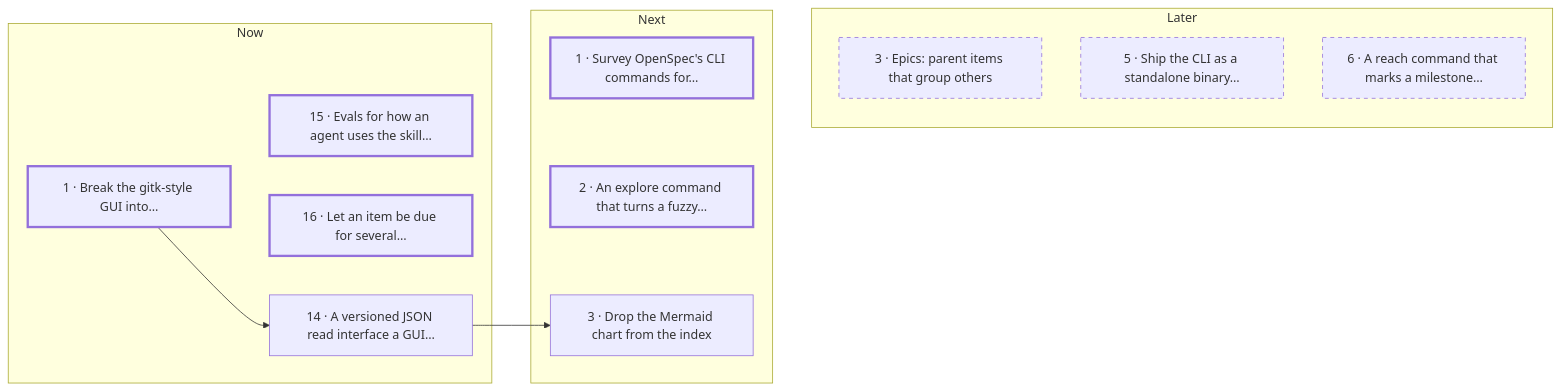
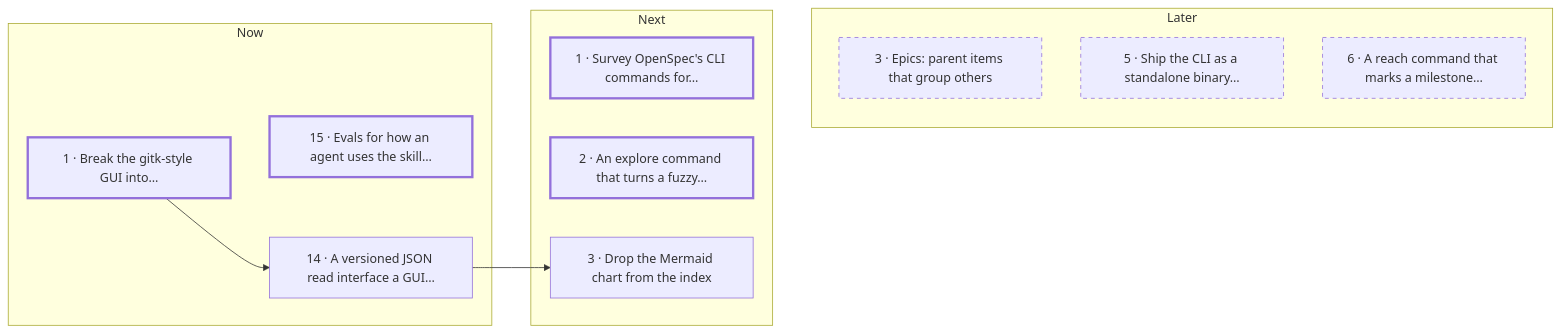
The diagram in roadmap/README.md (carby/simple-agentic-roadmap-skill), drawn with Mermaid before and after one commit. The commit also changed other lines of this file and 3 other files, not shown here.

First line of the commit message:
docs(roadmap): close multi-milestone as #40

````diff
--- a/roadmap/README.md
+++ b/roadmap/README.md
@@ -42,26 +42,25 @@
 ```mermaid
 flowchart LR
   subgraph b_now ["Now"]
     i_gui_breakdown["1 · Break the gitk-style GUI into…"]
     i_gui_read_interface["14 · A versioned JSON read interface a GUI…"]
     i_agent_behaviour_evals["15 · Evals for how an agent uses the skill…"]
-    i_multi_milestone["16 · Let an item be due for several…"]
   end
   subgraph b_next ["Next"]
     i_openspec_command_parity["1 · Survey OpenSpec's CLI commands for…"]
     i_explore_command["2 · An explore command that turns a fuzzy…"]
     i_drop_mermaid["3 · Drop the Mermaid chart from the index"]
   end
   subgraph b_later ["Later"]
     i_epics["3 · Epics: parent items that group others"]
     i_standalone_binary["5 · Ship the CLI as a standalone binary…"]
     i_reach_command["6 · A reach command that marks a milestone…"]
   end
   b_now ~~~ b_next ~~~ b_later
   i_gui_breakdown --> i_gui_read_interface
   i_gui_read_interface --> i_drop_mermaid
   classDef ready stroke-width: 3px
-  class i_gui_breakdown,i_agent_behaviour_evals,i_multi_milestone,i_openspec_command_parity,i_explore_command ready
+  class i_gui_breakdown,i_agent_behaviour_evals,i_openspec_command_parity,i_explore_command ready
   classDef later stroke-dasharray: 5 5
   class i_epics,i_standalone_binary,i_reach_command later
 ```
````
